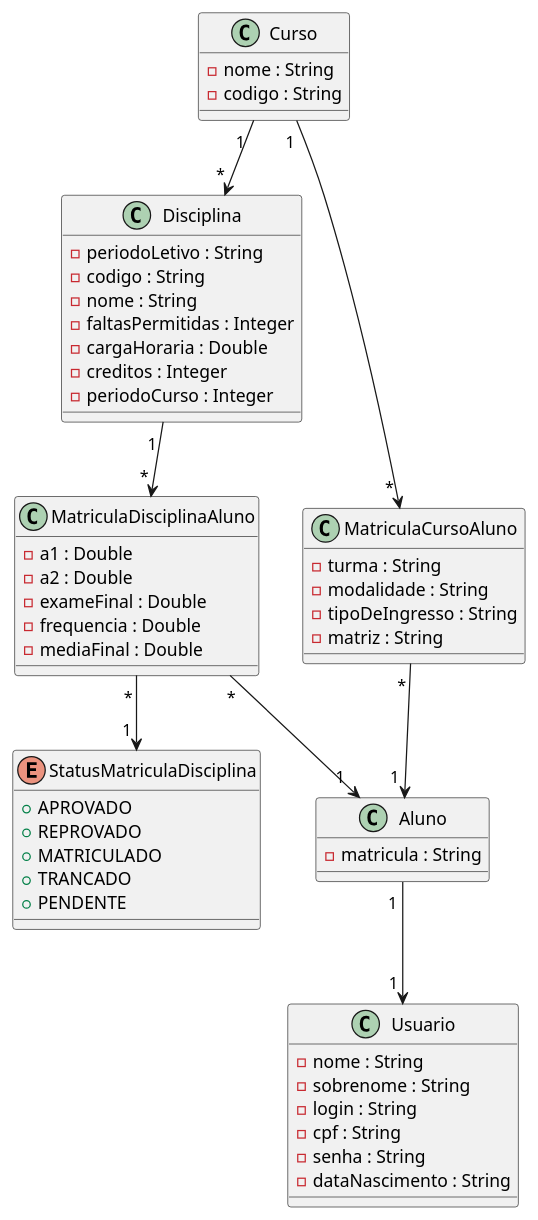
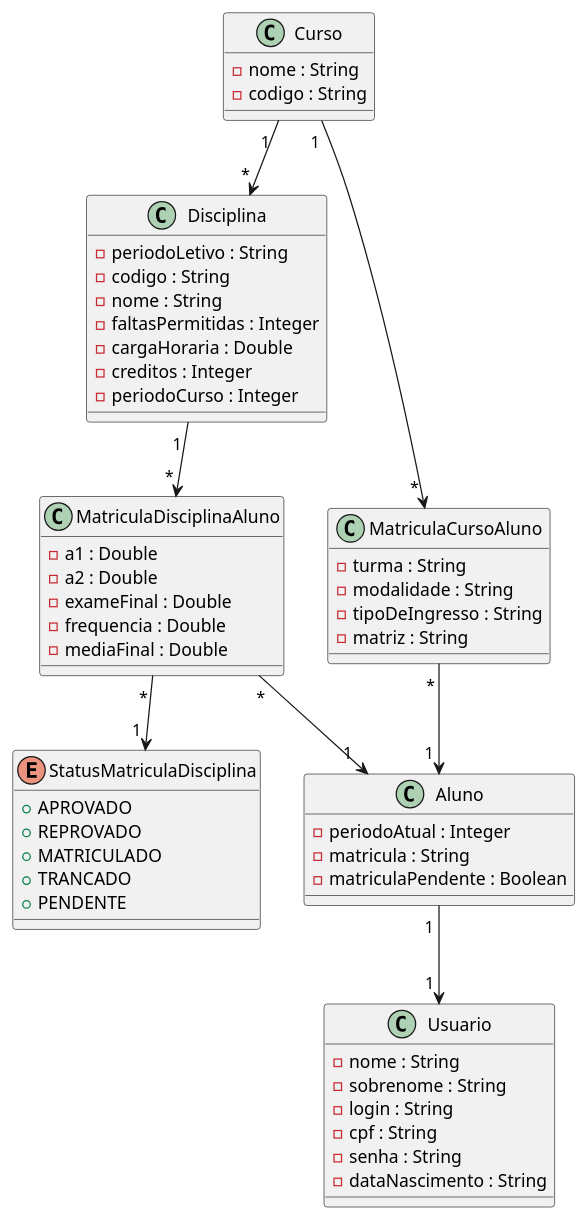
The diagram in others/diagramaAcademico.plantuml (bealfredo/tp-floricultura-quarkus), drawn with PlantUML before and after one commit. The commit also changed 5 other files, not shown here.

Commit message:
feat: Add periodoAtual and matriculaPendente fields to Aluno and related DTOs

```diff
--- a/others/diagramaAcademico.plantuml
+++ b/others/diagramaAcademico.plantuml
@@ -1,67 +1,69 @@
 @startuml TrabalhoTopicos
 
 class Usuario {
   - nome : String
   - sobrenome : String
   - login : String
   - cpf : String
   - senha : String
   - dataNascimento : String
 }
 
 class Aluno {
+  - periodoAtual : Integer
   - matricula : String
+  - matriculaPendente : Boolean
 }
 
 Aluno " 1 " --> " 1 " Usuario
 
 class Curso {
   - nome : String
   - codigo : String
 }
 
 Curso " 1 " --> " * " Disciplina
 Curso " 1 " --> " * " MatriculaCursoAluno 
 
 class Disciplina {
   - periodoLetivo : String
   - codigo : String
   - nome : String
   - faltasPermitidas : Integer
   - cargaHoraria : Double
   - creditos : Integer
   - periodoCurso : Integer
 }
 
 Disciplina " 1 " --> " * " MatriculaDisciplinaAluno 
 
 
 class MatriculaCursoAluno {
   - turma : String
   - modalidade : String
   - tipoDeIngresso : String
   - matriz : String
 }
 
 MatriculaCursoAluno " * " --> " 1 " Aluno
 
 class MatriculaDisciplinaAluno {
   - a1 : Double
   - a2 : Double
   - exameFinal : Double
   - frequencia : Double
   - mediaFinal : Double
 }
 
 MatriculaDisciplinaAluno " * " --> " 1 " Aluno
 MatriculaDisciplinaAluno " * " --> " 1 " StatusMatriculaDisciplina
 
 Enum StatusMatriculaDisciplina {
   + APROVADO
   + REPROVADO
   + MATRICULADO
   + TRANCADO
   + PENDENTE
 }
 
 @enduml
```
